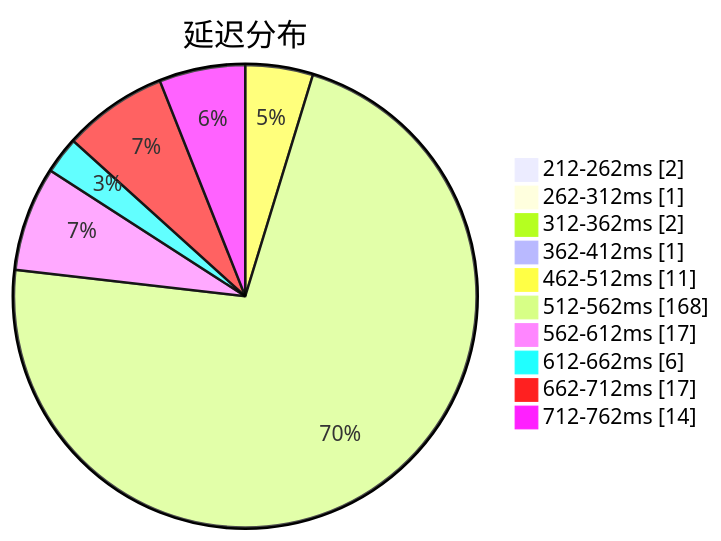
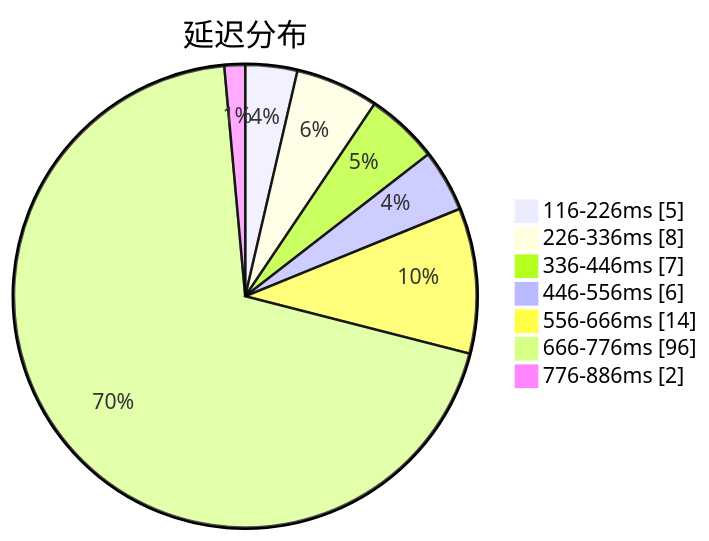
The first of 3 diagrams in subs/statistics/tested_within.md (sinspired/airport), drawn with Mermaid before and after one commit. The commit also changed other lines of this file and 2 other files, not shown here.

````diff
--- a/subs/statistics/tested_within.md
+++ b/subs/statistics/tested_within.md
@@ -2,14 +2,11 @@
 ```mermaid
 pie showData
 title 延迟分布
-"212-262ms" : 2
-"262-312ms" : 1
-"312-362ms" : 2
-"362-412ms" : 1
-"462-512ms" : 11
-"512-562ms" : 168
-"562-612ms" : 17
-"612-662ms" : 6
-"662-712ms" : 17
-"712-762ms" : 14
+"116-226ms" : 5
+"226-336ms" : 8
+"336-446ms" : 7
+"446-556ms" : 6
+"556-666ms" : 14
+"666-776ms" : 96
+"776-886ms" : 2
 ```
````
